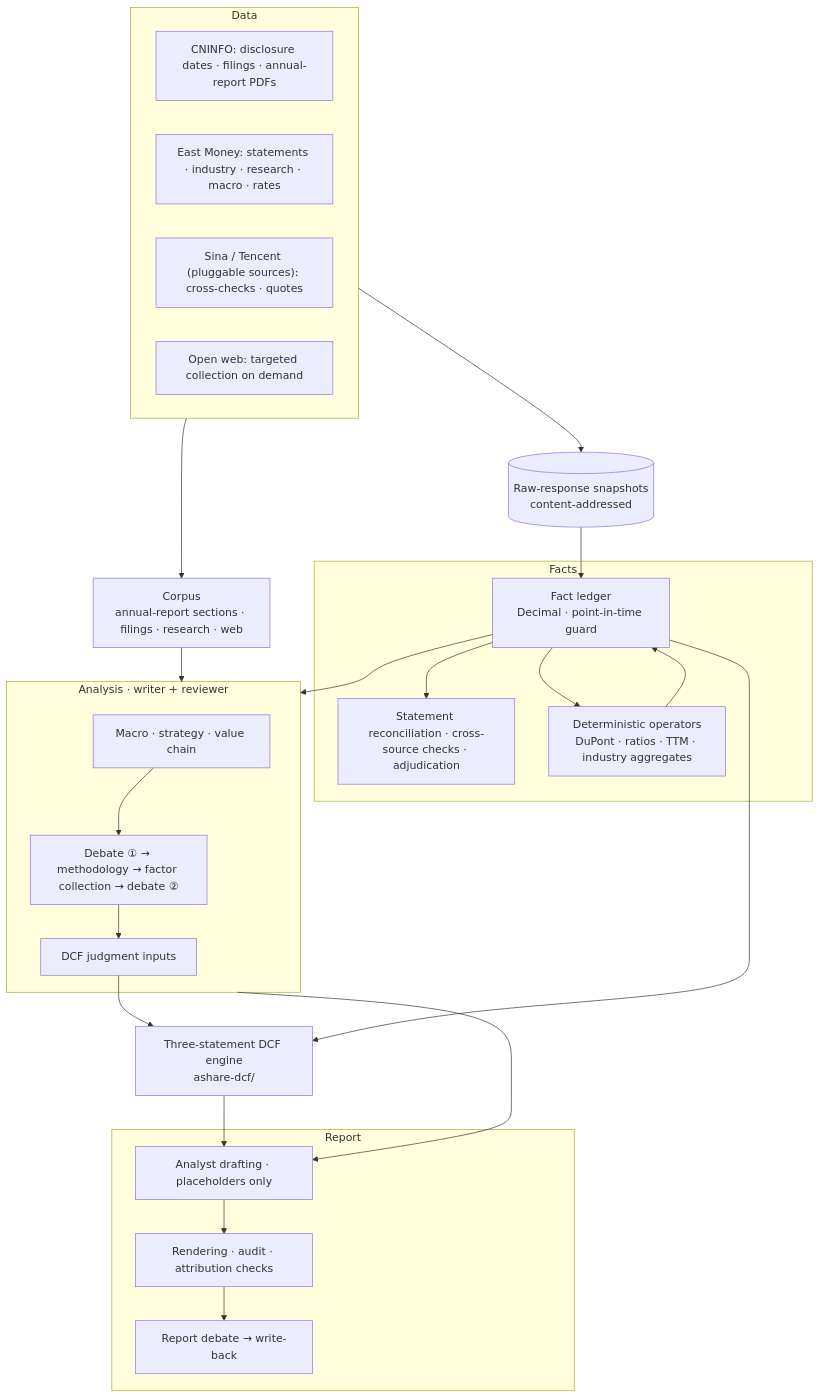
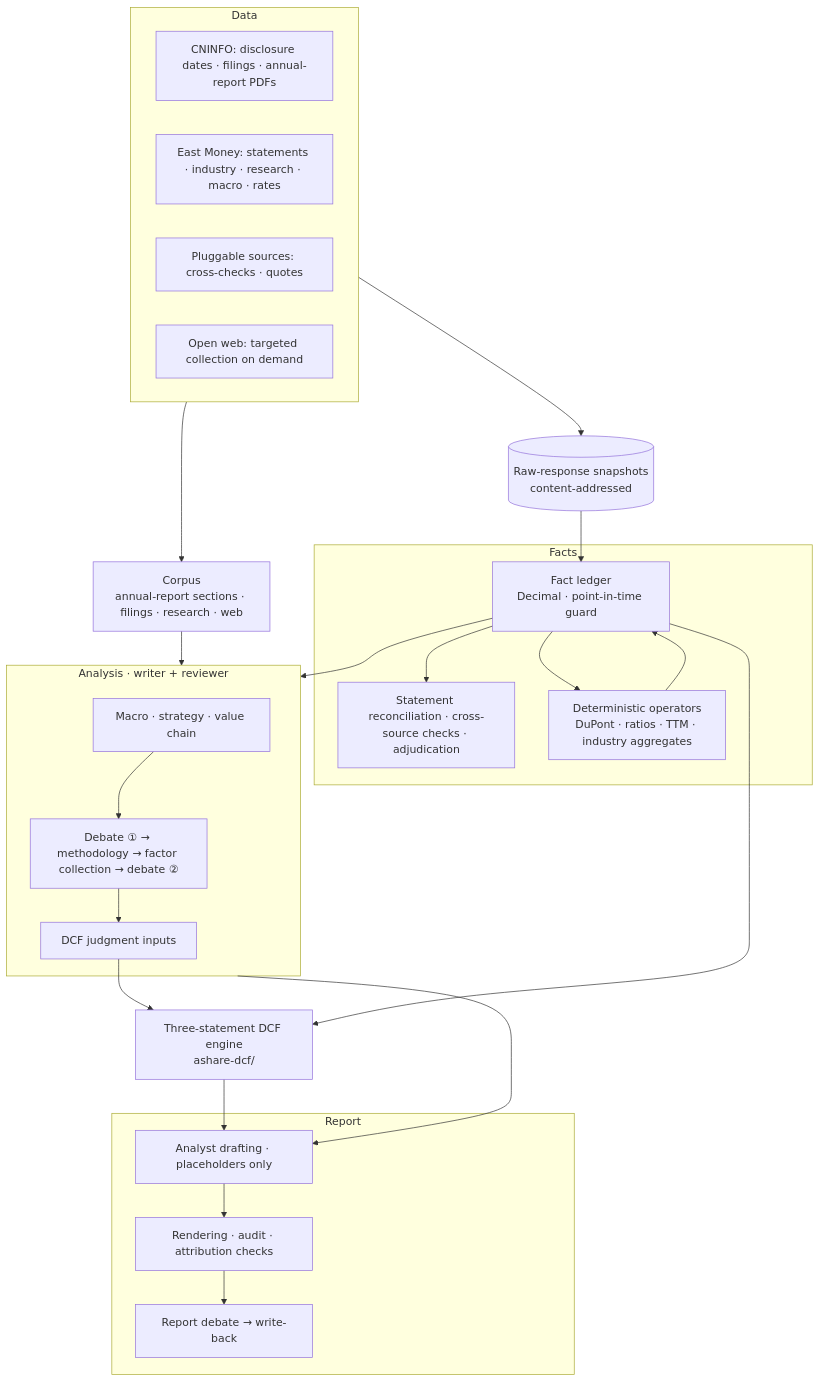
The first of 3 diagrams in README.en.md (928460495/ir-agent), drawn with Mermaid before and after one commit. The commit also changed other lines of this file and 8 other files, not shown here.

````diff
--- a/README.en.md
+++ b/README.en.md
@@ -37,37 +37,37 @@
 ```mermaid
 flowchart TB
     subgraph S["Data"]
         S1["CNINFO: disclosure dates · filings · annual-report PDFs"]
         S2["East Money: statements · industry · research · macro · rates"]
-        S3["Sina / Tencent (pluggable sources): cross-checks · quotes"]
+        S3["Pluggable sources: cross-checks · quotes"]
         S4["Open web: targeted collection on demand"]
     end
     SNAP[("Raw-response snapshots<br/>content-addressed")]
     subgraph F["Facts"]
         L["Fact ledger<br/>Decimal · point-in-time guard"]
         V["Statement reconciliation · cross-source checks · adjudication"]
         O["Deterministic operators<br/>DuPont · ratios · TTM · industry aggregates"]
     end
     C["Corpus<br/>annual-report sections · filings · research · web"]
     subgraph A["Analysis · writer + reviewer"]
         A1["Macro · strategy · value chain"]
         A2["Debate ① → methodology → factor collection → debate ②"]
         A3["DCF judgment inputs"]
     end
     DCF["Three-statement DCF engine<br/>ashare-dcf/"]
     subgraph R["Report"]
         R1["Analyst drafting · placeholders only"]
         R2["Rendering · audit · attribution checks"]
         R3["Report debate → write-back"]
     end
     S --> SNAP --> L
     L --> V
     L --> O --> L
     S --> C
     L --> A
     C --> A
     A1 --> A2 --> A3 --> DCF
     L --> DCF
     A --> R1 --> R2 --> R3
     DCF --> R1
 ```
````
